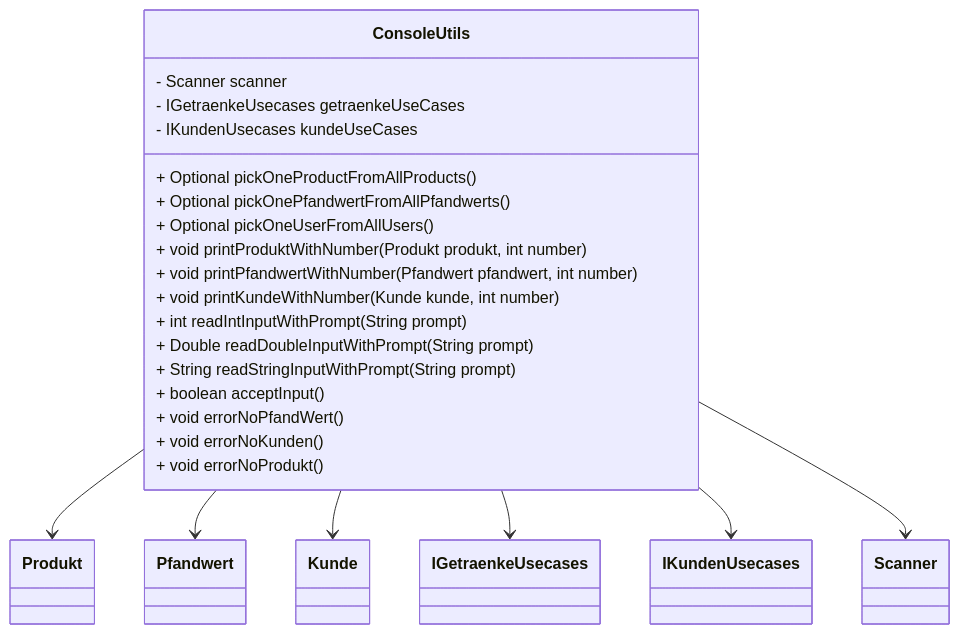
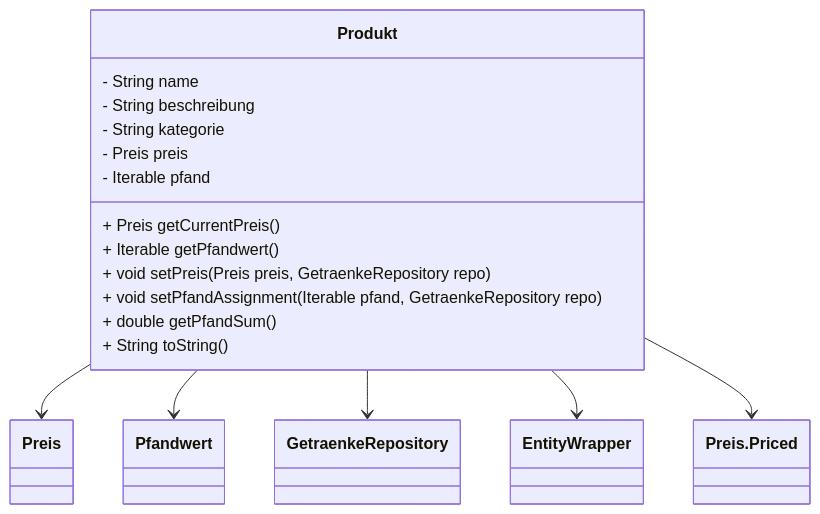
One commit to Gamagu/ase_getraenke changed diagram 15 of 31 in README.md. Above: the diagram before and after it, drawn with Mermaid. The commit also changed other lines of this file and 1 other file, not shown here.

````diff
--- a/README.md
+++ b/README.md
@@ -527,36 +547,29 @@
-```mermaid 
+```mermaid
 classDiagram
-	class ConsoleUtils {
-		- Scanner scanner
-		- IGetraenkeUsecases getraenkeUseCases
-		- IKundenUsecases kundeUseCases
+	class Produkt {
+		- String name
+		- String beschreibung
+		- String kategorie
+		- Preis preis
+		- Iterable<Pfandwert> pfand
 
-		+ Optional pickOneProductFromAllProducts()
-		+ Optional pickOnePfandwertFromAllPfandwerts()
-		+ Optional pickOneUserFromAllUsers()
-		+ void printProduktWithNumber(Produkt produkt, int number)
-		+ void printPfandwertWithNumber(Pfandwert pfandwert, int number)
-		+ void printKundeWithNumber(Kunde kunde, int number)
-		+ int readIntInputWithPrompt(String prompt)
-		+ Double readDoubleInputWithPrompt(String prompt)
-		+ String readStringInputWithPrompt(String prompt)
-		+ boolean acceptInput()
-		+ void errorNoPfandWert()
-		+ void errorNoKunden()
-		+ void errorNoProdukt()
+		+ Preis getCurrentPreis()
+		+ Iterable<Pfandwert> getPfandwert()
+		+ void setPreis(Preis preis, GetraenkeRepository repo)
+		+ void setPfandAssignment(Iterable<Pfandwert> pfand, GetraenkeRepository repo)
+		+ double getPfandSum()
+		+ String toString()
 	}
 
-	class Produkt
+	class Preis
 	class Pfandwert
-	class Kunde
-	class IGetraenkeUsecases
-	class IKundenUsecases
-	class Scanner
+	class GetraenkeRepository
+	class EntityWrapper
+	class Preis.Priced
 
-	ConsoleUtils --> Produkt
-	ConsoleUtils --> Pfandwert
-	ConsoleUtils --> Kunde
-	ConsoleUtils --> IGetraenkeUsecases
-	ConsoleUtils --> IKundenUsecases
-	ConsoleUtils --> Scanner
+	Produkt --> Preis
+	Produkt --> Pfandwert
+	Produkt --> GetraenkeRepository
+	Produkt --> EntityWrapper
+	Produkt --> Preis.Priced
 ```
````
